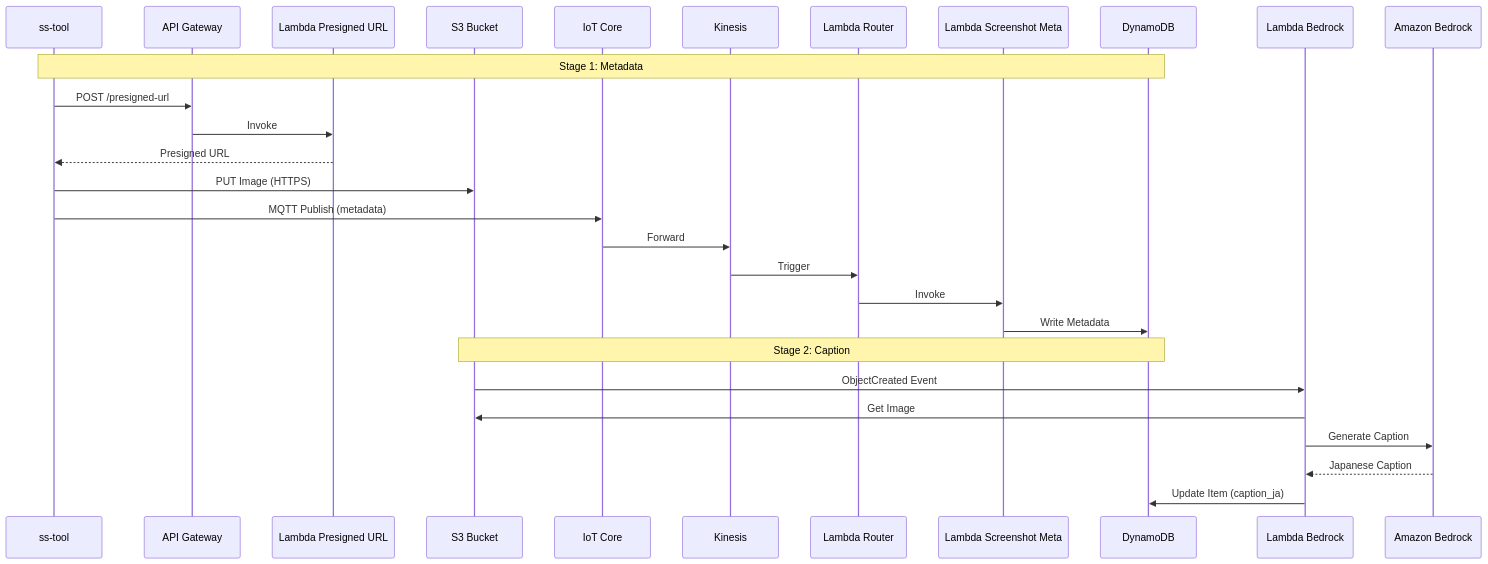
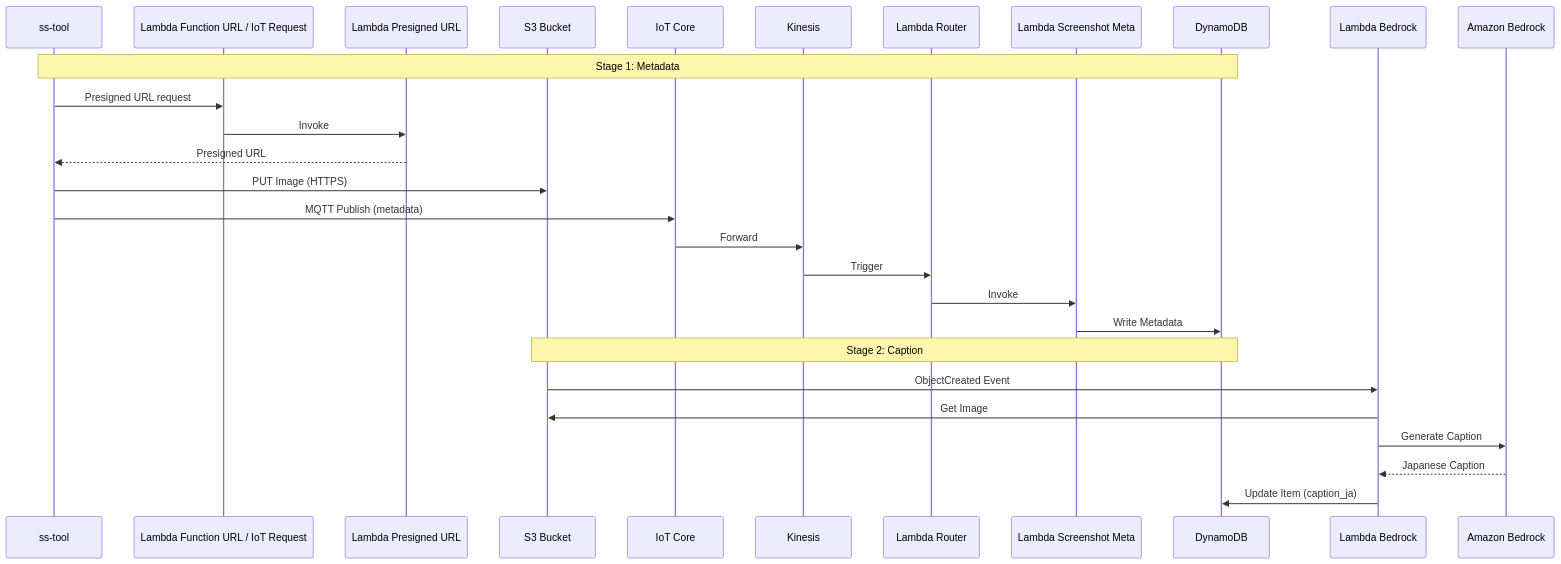
One commit to sagara-221/ShadowSync changed the third of 3 diagrams in data-accumulation/aidlc-docs/inception/application-design/unit-of-work-dependency.md. Above: the diagram before and after it, drawn with Mermaid. The commit also changed other lines of this file and 30 other files, not shown here.

````diff
--- a/data-accumulation/aidlc-docs/inception/application-design/unit-of-work-dependency.md
+++ b/data-accumulation/aidlc-docs/inception/application-design/unit-of-work-dependency.md
@@ -292,32 +293,32 @@
 ```mermaid
 sequenceDiagram
     participant Logger as ss-tool
-    participant API as API Gateway
+    participant API as Lambda Function URL / IoT Request
     participant Presigned as Lambda Presigned URL
     participant S3 as S3 Bucket
     participant IoT as IoT Core
     participant Kinesis as Kinesis
     participant Router as Lambda Router
     participant Meta as Lambda Screenshot Meta
     participant DDB as DynamoDB
     participant Bedrock as Lambda Bedrock
     participant BedrockAPI as Amazon Bedrock
     
     Note over Logger,DDB: Stage 1: Metadata
-    Logger->>API: POST /presigned-url
+    Logger->>API: Presigned URL request
     API->>Presigned: Invoke
     Presigned-->>Logger: Presigned URL
     Logger->>S3: PUT Image (HTTPS)
     Logger->>IoT: MQTT Publish (metadata)
     IoT->>Kinesis: Forward
     Kinesis->>Router: Trigger
     Router->>Meta: Invoke
     Meta->>DDB: Write Metadata
     
     Note over S3,DDB: Stage 2: Caption
     S3->>Bedrock: ObjectCreated Event
     Bedrock->>S3: Get Image
     Bedrock->>BedrockAPI: Generate Caption
     BedrockAPI-->>Bedrock: Japanese Caption
     Bedrock->>DDB: Update Item (caption_ja)
 ```
````
